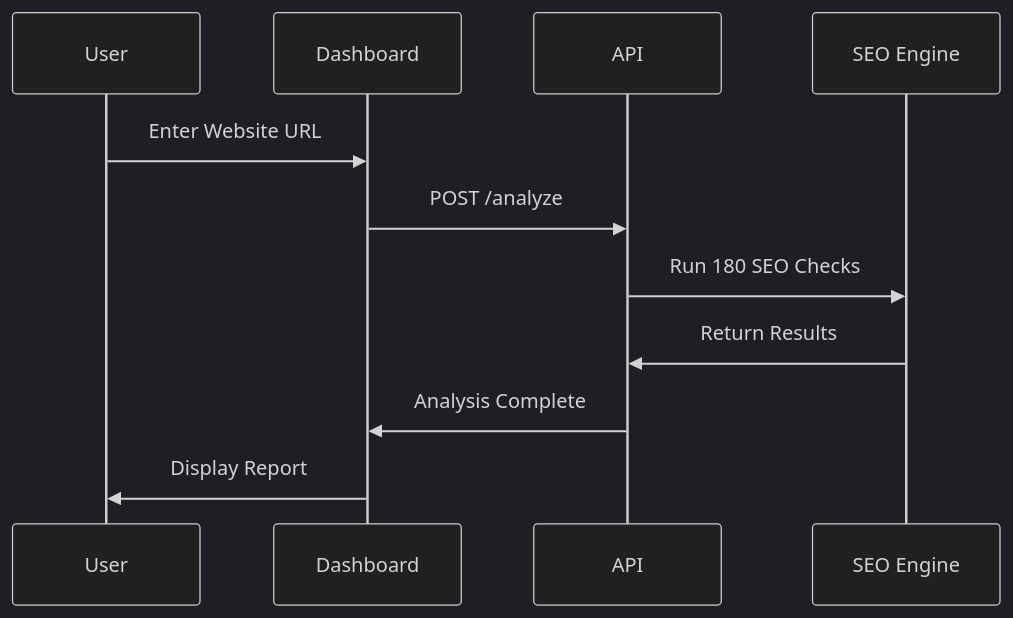
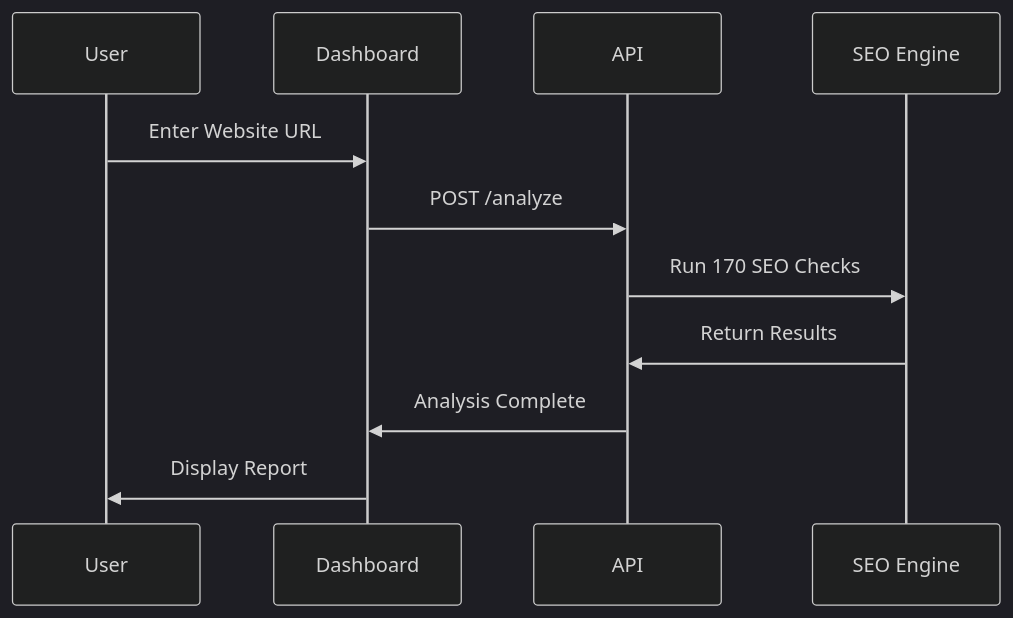
The third of 5 diagrams in AI1STSEO-UML-DIAGRAMS.md (DeepthiSarayuGunda/ai1stseo-backend), drawn with Mermaid (dark theme) before and after one commit. The commit also changed other lines of this file and 1 other file, not shown here.

````diff
--- a/AI1STSEO-UML-DIAGRAMS.md
+++ b/AI1STSEO-UML-DIAGRAMS.md
@@ -35,14 +35,14 @@
 ```mermaid
 sequenceDiagram
     participant U as User
     participant D as Dashboard
     participant A as API
     participant S as SEO Engine
     
     U->>D: Enter Website URL
     D->>A: POST /analyze
-    A->>S: Run 180 SEO Checks
+    A->>S: Run 170 SEO Checks
     S->>A: Return Results
     A->>D: Analysis Complete
     D->>U: Display Report
 ```
````
